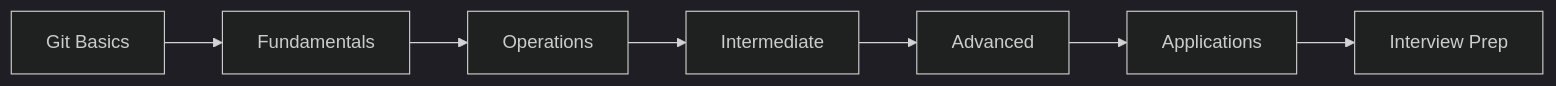
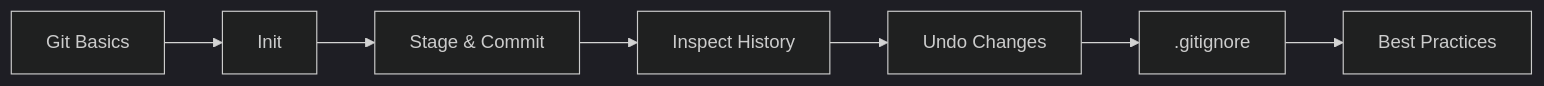
Before and after one commit to Raushan666java/ai-engineering-journey: the first of 2 diagrams in docs/courses/ai-engineering-placement/04-git-linux-cli/01-git-basics.md, drawn with Mermaid (dark theme). The commit also changed other lines of this file and 219 other files, not shown here.

````diff
--- a/docs/courses/ai-engineering-placement/04-git-linux-cli/01-git-basics.md
+++ b/docs/courses/ai-engineering-placement/04-git-linux-cli/01-git-basics.md
@@ -27,9 +35,9 @@
 ```mermaid
 flowchart LR
-    A[Git Basics] --> B[Fundamentals]
-    B --> C[Operations]
-    C --> D[Intermediate]
-    D --> E[Advanced]
-    E --> F[Applications]
-    F --> G[Interview Prep]
+    A[Git Basics] --> B[Init]
+    B --> C[Stage & Commit]
+    C --> D[Inspect History]
+    D --> E[Undo Changes]
+    E --> F[.gitignore]
+    F --> G[Best Practices]
 ```
````
